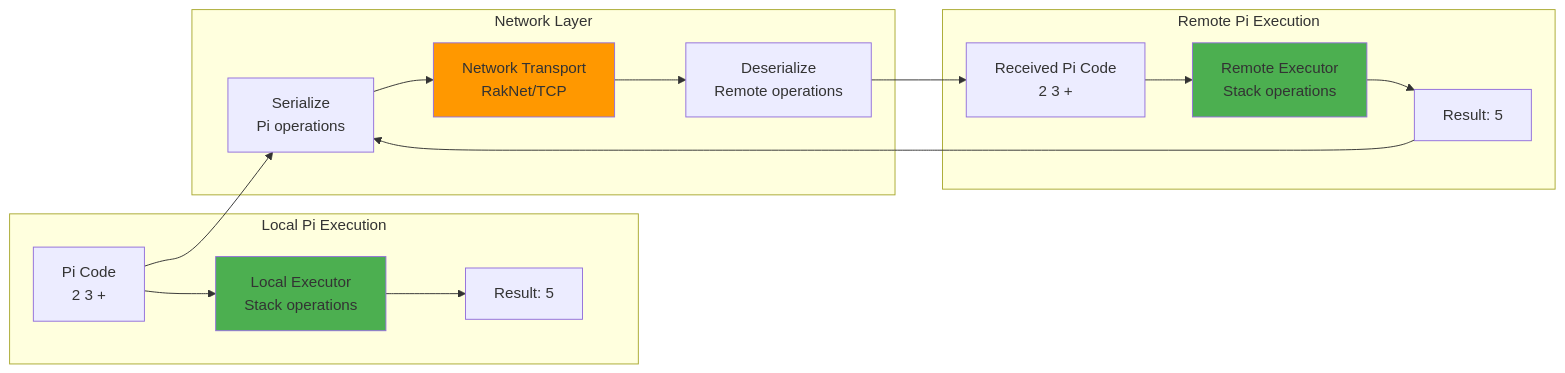
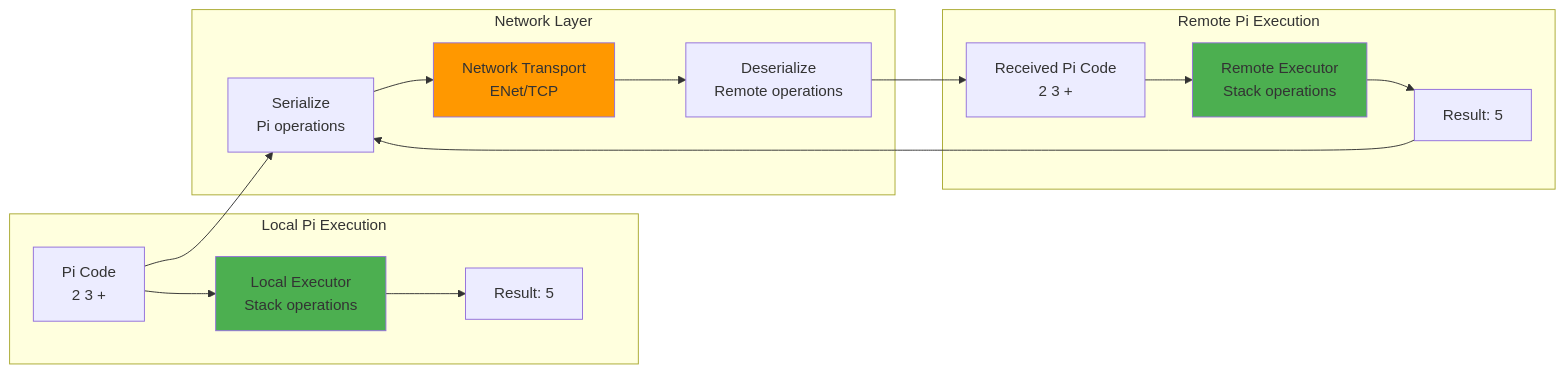
Before and after one commit to cschladetsch/CppKAI: the seventh of 8 diagrams in resources/diagrams/pi-language-architecture.md, drawn with Mermaid. The commit also changed 136 other files, not shown here.

Commit message:
Remove RakNet and add ENet transport abstraction

````diff
--- a/resources/diagrams/pi-language-architecture.md
+++ b/resources/diagrams/pi-language-architecture.md
@@ -258,29 +258,29 @@
 ```mermaid
 graph LR
     subgraph "Local Pi Execution"
         LOCAL_PI[Pi Code<br/>2 3 +]
         LOCAL_EXEC[Local Executor<br/>Stack operations]
         LOCAL_RESULT[Result: 5]
     end
     
     subgraph "Network Layer"
         SERIALIZE[Serialize<br/>Pi operations]
-        TRANSPORT[Network Transport<br/>RakNet/TCP]
+        TRANSPORT[Network Transport<br/>ENet/TCP]
         DESERIALIZE[Deserialize<br/>Remote operations]
     end
     
     subgraph "Remote Pi Execution"
         REMOTE_PI[Received Pi Code<br/>2 3 +]
         REMOTE_EXEC[Remote Executor<br/>Stack operations]
         REMOTE_RESULT[Result: 5]
     end
     
     LOCAL_PI --> LOCAL_EXEC --> LOCAL_RESULT
     LOCAL_PI --> SERIALIZE --> TRANSPORT --> DESERIALIZE --> REMOTE_PI
     REMOTE_PI --> REMOTE_EXEC --> REMOTE_RESULT
     REMOTE_RESULT --> SERIALIZE
     
     style LOCAL_EXEC fill:#4caf50
     style TRANSPORT fill:#ff9800
     style REMOTE_EXEC fill:#4caf50
 ```
````
